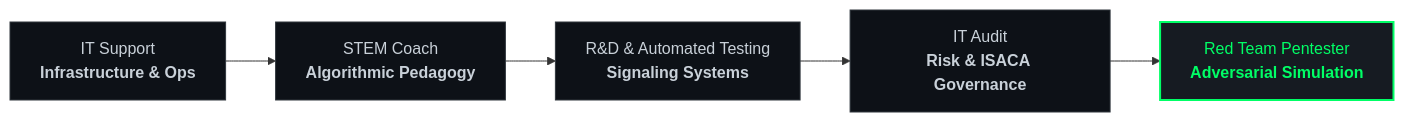
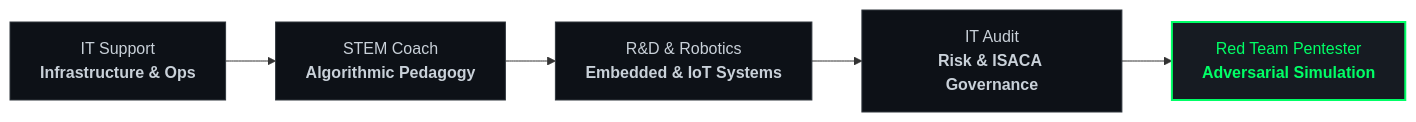
One commit to Hercules03/Hercules03 changed the diagram in README.md. Above: the diagram before and after it, drawn with Mermaid. The commit also changed other lines of this file, not shown here.

````diff
--- a/README.md
+++ b/README.md
@@ -23,13 +23,13 @@
 ```mermaid
 flowchart LR
     A["IT Support<br/><b>Infrastructure & Ops</b>"] --> B["STEM Coach<br/><b>Algorithmic Pedagogy</b>"]
-    B --> C["R&D & Automated Testing<br/><b>Signaling Systems</b>"]
+    B --> C["R&D & Robotics<br/><b>Embedded & IoT Systems</b>"]
     C --> D["IT Audit<br/><b>Risk & ISACA Governance</b>"]
     D --> E["Red Team Pentester<br/><b>Adversarial Simulation</b>"]
 
     style A fill:#0d1117,stroke:#30363d,stroke-width:1px,color:#c9d1d9
     style B fill:#0d1117,stroke:#30363d,stroke-width:1px,color:#c9d1d9
     style C fill:#0d1117,stroke:#30363d,stroke-width:1px,color:#c9d1d9
     style D fill:#0d1117,stroke:#30363d,stroke-width:1px,color:#c9d1d9
     style E fill:#161b22,stroke:#00FF66,stroke-width:2px,color:#00FF66
 ```
````
